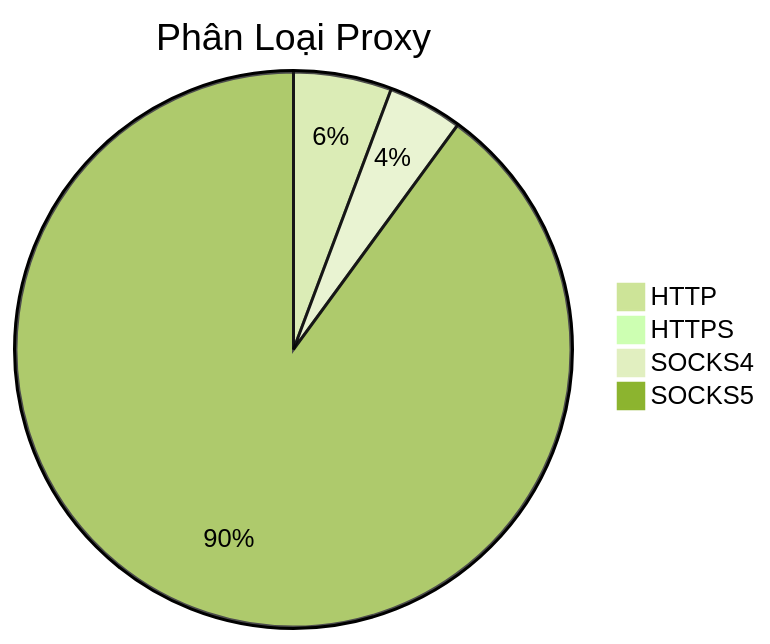
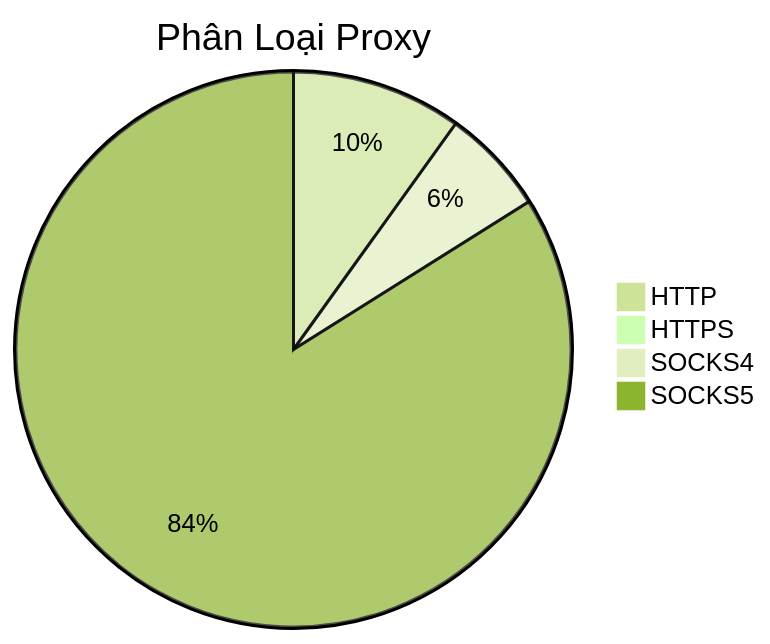
The diagram in README.md (Ciara-Aa/PROXY-free), drawn with Mermaid (forest theme) before and after one commit. The commit also changed other lines of this file and 4 other files, not shown here.

````diff
--- a/README.md
+++ b/README.md
@@ -26,7 +26,7 @@
 ```mermaid
 pie title Phân Loại Proxy
-    "HTTP" : 476
-    "HTTPS" : 1
-    "SOCKS4" : 361
-    "SOCKS5" : 7493
+    "HTTP" : 486
+    "HTTPS" : 2
+    "SOCKS4" : 302
+    "SOCKS5" : 4114
 ```
````
